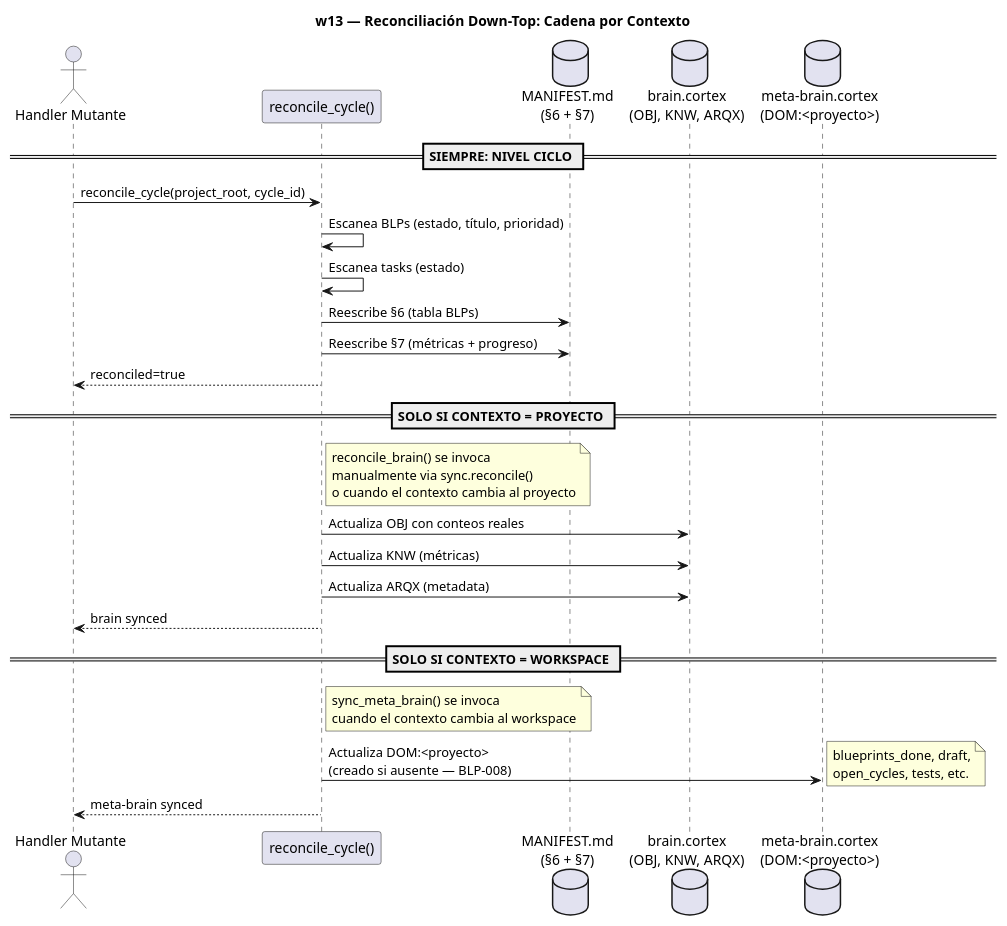
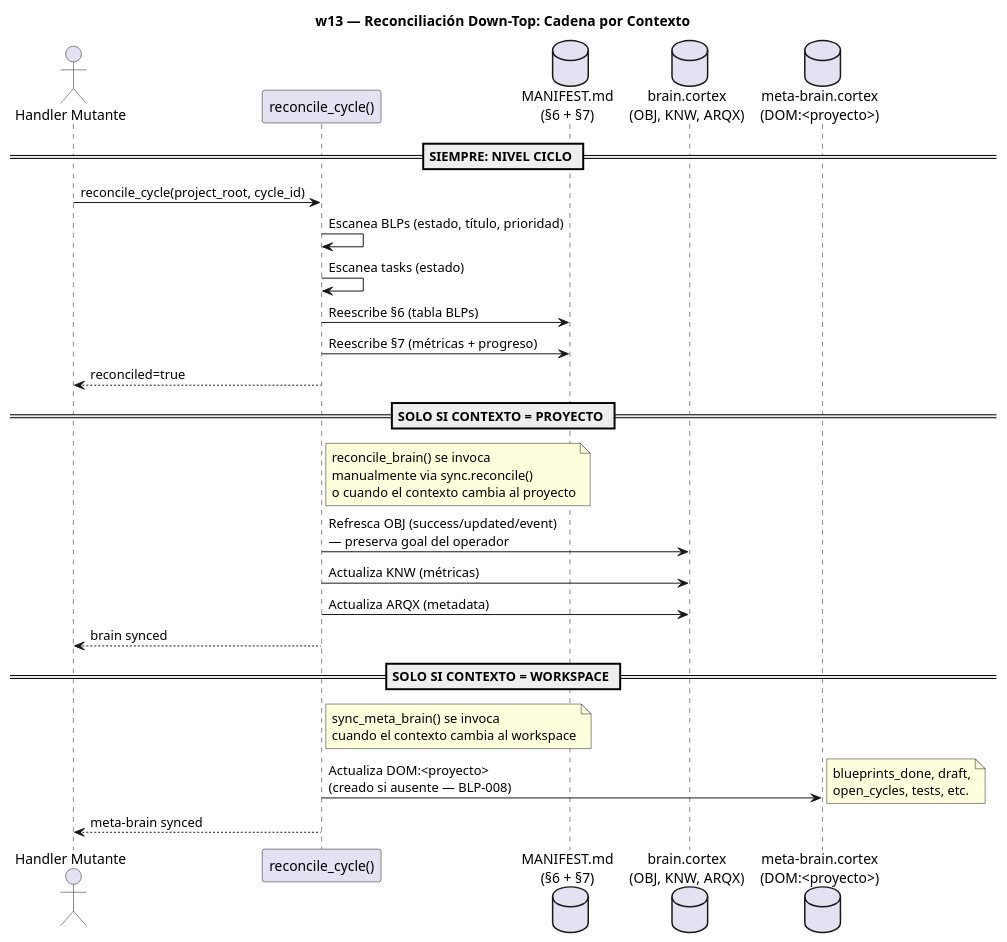
One commit to FidelErnesto03/arqux changed the first of 2 diagrams in src/arqux/skills/workflows/w13-reconcile-down-top.md. Above: the diagram before and after it, drawn with PlantUML. The commit also changed 38 other files, not shown here.

````diff
--- a/src/arqux/skills/workflows/w13-reconcile-down-top.md
+++ b/src/arqux/skills/workflows/w13-reconcile-down-top.md
@@ -24,40 +24,40 @@
 ```puml
 @startuml
 title w13 — Reconciliación Down-Top: Cadena por Contexto
 
 actor "Handler Mutante" as HM
 participant "reconcile_cycle()" as RC
 database "MANIFEST.md\n(§6 + §7)" as MAN
 database "brain.cortex\n(OBJ, KNW, ARQX)" as BRAIN
 database "meta-brain.cortex\n(DOM:<proyecto>)" as META
 
 == SIEMPRE: NIVEL CICLO ==
 HM -> RC: reconcile_cycle(project_root, cycle_id)
 RC -> RC: Escanea BLPs (estado, título, prioridad)
 RC -> RC: Escanea tasks (estado)
 RC -> MAN: Reescribe §6 (tabla BLPs)
 RC -> MAN: Reescribe §7 (métricas + progreso)
 RC --> HM: reconciled=true
 
 == SOLO SI CONTEXTO = PROYECTO ==
 note right of RC
   reconcile_brain() se invoca
   manualmente via sync.reconcile()
   o cuando el contexto cambia al proyecto
 end note
-RC -> BRAIN: Actualiza OBJ con conteos reales
+RC -> BRAIN: Refresca OBJ (success/updated/event)\n— preserva goal del operador
 RC -> BRAIN: Actualiza KNW (métricas)
 RC -> BRAIN: Actualiza ARQX (metadata)
 RC --> HM: brain synced
 
 == SOLO SI CONTEXTO = WORKSPACE ==
 note right of RC
   sync_meta_brain() se invoca
   cuando el contexto cambia al workspace
 end note
 RC -> META: Actualiza DOM:<proyecto>\n(creado si ausente — BLP-008)
 note right: blueprints_done, draft,\nopen_cycles, tests, etc.
 RC --> HM: meta-brain synced
 
 @enduml
 ```
````
